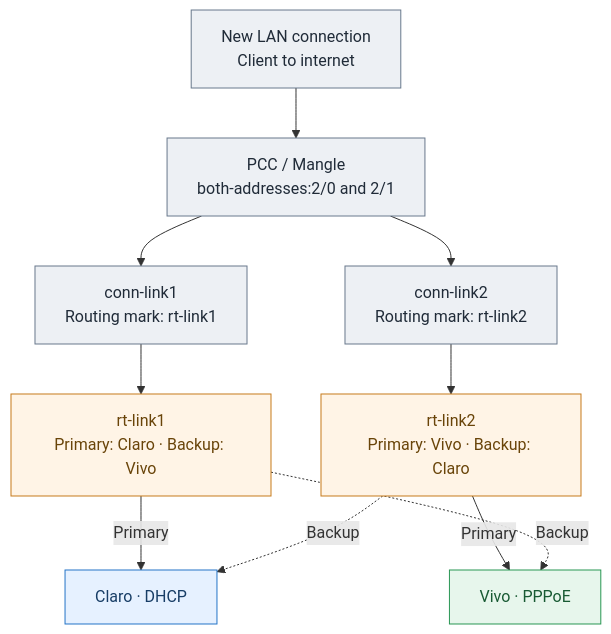
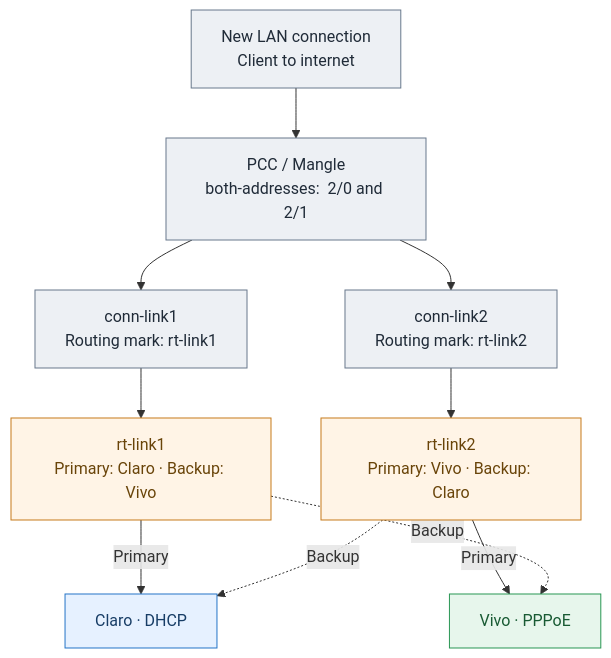
The diagram in docs/mermaid-pcc-failover-preview.md (london36/mikrotik-dualwan-pcc-failover-monitoring), drawn with Mermaid before and after one commit.

Commit message:
docs: improve PCC expression spacing in Mermaid preview

````diff
--- a/docs/mermaid-pcc-failover-preview.md
+++ b/docs/mermaid-pcc-failover-preview.md
@@ -5,30 +5,30 @@
 ```mermaid
 flowchart TB
     LAN["New LAN connection<br/>Client to internet"]
-    PCC["PCC / Mangle<br/>both-addresses:2/0 and 2/1"]
+    PCC["PCC / Mangle<br/>both-addresses:  2/0 and 2/1"]
     A["conn-link1<br/>Routing mark: rt-link1"]
     B["conn-link2<br/>Routing mark: rt-link2"]
     R1["rt-link1<br/>Primary: Claro · Backup: Vivo"]
     R2["rt-link2<br/>Primary: Vivo · Backup: Claro"]
     C["Claro · DHCP"]
     V["Vivo · PPPoE"]
 
     LAN --> PCC
     PCC --> A
     PCC --> B
     A --> R1
     B --> R2
     R1 -->|Primary| C
     R2 -->|Primary| V
     R1 -.->|Backup| V
     R2 -.->|Backup| C
 
     classDef neutral fill:#edf0f4,stroke:#68788c,color:#202b38
     classDef claro fill:#e6f1ff,stroke:#2474c7,color:#173d66
     classDef vivo fill:#e7f6ec,stroke:#299653,color:#185a33
     classDef routing fill:#fff4e6,stroke:#c67a1b,color:#694409
     class LAN,PCC,A,B neutral
     class R1,R2 routing
     class C claro
     class V vivo
 ```
````
